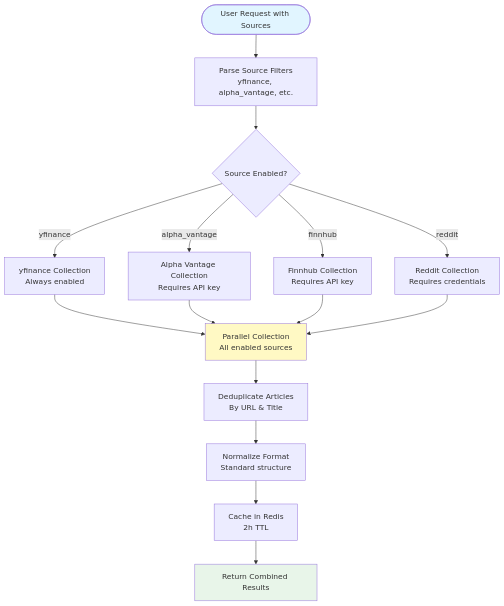
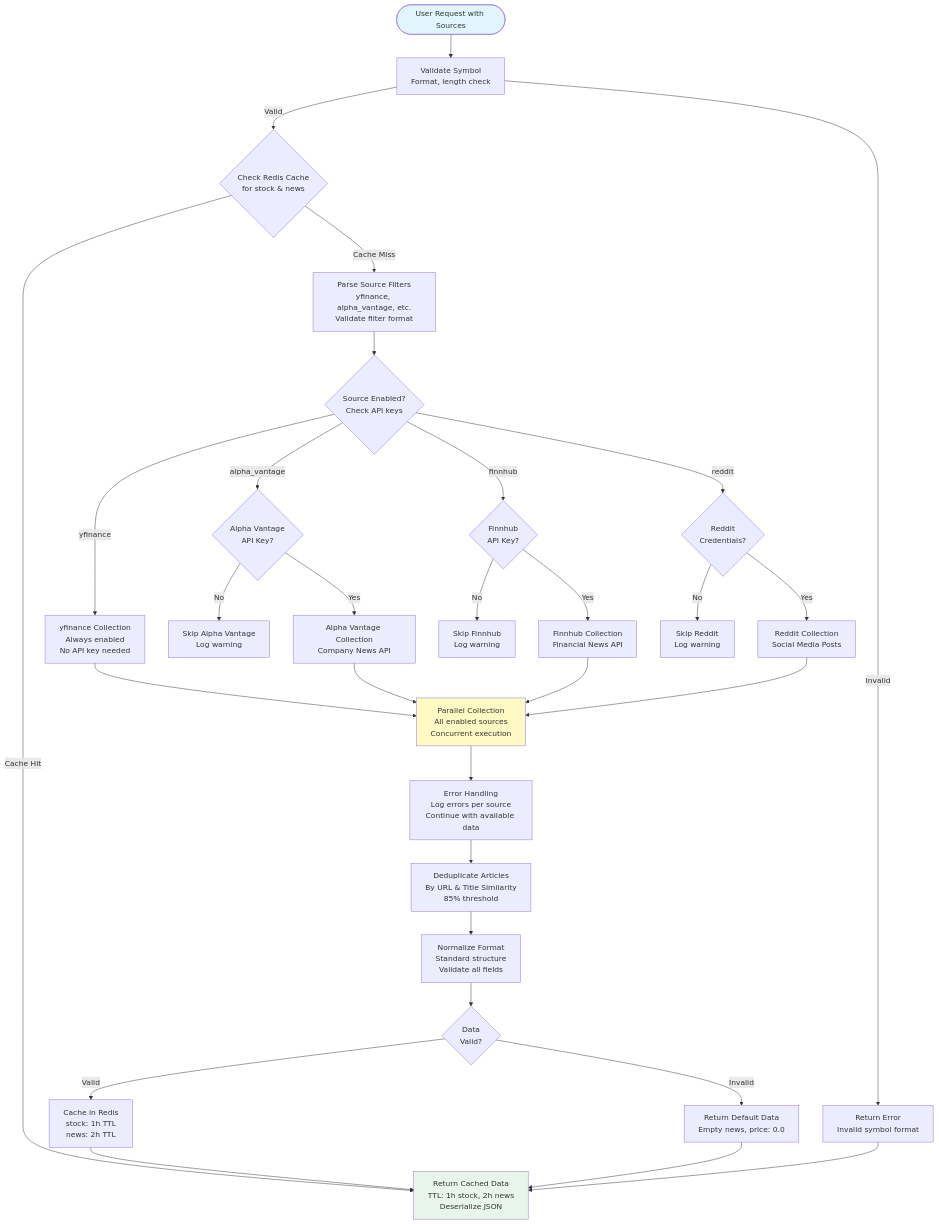
One commit to anandDev77/stock-sentiment-analysis changed diagram 22 of 29 in docs/diagrams/mermaid_diagrams_source.md. Above: the diagram before and after it, drawn with Mermaid. The commit also changed other lines of this file and 49 other files, not shown here.

Commit message:
diagrams updated

````diff
--- a/docs/diagrams/mermaid_diagrams_source.md
+++ b/docs/diagrams/mermaid_diagrams_source.md
@@ -1155,28 +1366,48 @@
 ```mermaid
 flowchart TD
-    START([User Request with Sources]) --> PARSE[Parse Source Filters<br/>yfinance, alpha_vantage, etc.]
+    START([User Request with Sources]) --> VALIDATE_SYMBOL[Validate Symbol<br/>Format, length check]
     
-    PARSE --> CHECK{Source Enabled?}
+    VALIDATE_SYMBOL -->|Invalid| ERROR[Return Error<br/>Invalid symbol format]
+    VALIDATE_SYMBOL -->|Valid| CHECK_CACHE{Check Redis Cache<br/>for stock & news}
     
-    CHECK -->|yfinance| YFINANCE[yfinance Collection<br/>Always enabled]
-    CHECK -->|alpha_vantage| ALPHA[Alpha Vantage Collection<br/>Requires API key]
-    CHECK -->|finnhub| FINN[Finnhub Collection<br/>Requires API key]
-    CHECK -->|reddit| REDDIT[Reddit Collection<br/>Requires credentials]
+    CHECK_CACHE -->|Cache Hit| RETURN[Return Cached Data<br/>TTL: 1h stock, 2h news<br/>Deserialize JSON]
+    CHECK_CACHE -->|Cache Miss| PARSE[Parse Source Filters<br/>yfinance, alpha_vantage, etc.<br/>Validate filter format]
     
-    YFINANCE --> COLLECT[Parallel Collection<br/>All enabled sources]
+    PARSE --> CHECK{Source Enabled?<br/>Check API keys}
+    
+    CHECK -->|yfinance| YFINANCE[yfinance Collection<br/>Always enabled<br/>No API key needed]
+    CHECK -->|alpha_vantage| CHECK_ALPHA{Alpha Vantage<br/>API Key?}
+    CHECK -->|finnhub| CHECK_FINN{Finnhub<br/>API Key?}
+    CHECK -->|reddit| CHECK_REDDIT{Reddit<br/>Credentials?}
+    
+    CHECK_ALPHA -->|Yes| ALPHA[Alpha Vantage Collection<br/>Company News API]
+    CHECK_ALPHA -->|No| SKIP_ALPHA[Skip Alpha Vantage<br/>Log warning]
+    CHECK_FINN -->|Yes| FINN[Finnhub Collection<br/>Financial News API]
+    CHECK_FINN -->|No| SKIP_FINN[Skip Finnhub<br/>Log warning]
+    CHECK_REDDIT -->|Yes| REDDIT[Reddit Collection<br/>Social Media Posts]
+    CHECK_REDDIT -->|No| SKIP_REDDIT[Skip Reddit<br/>Log warning]
+    
+    YFINANCE --> COLLECT[Parallel Collection<br/>All enabled sources<br/>Concurrent execution]
     ALPHA --> COLLECT
     FINN --> COLLECT
     REDDIT --> COLLECT
     
-    COLLECT --> DEDUPE[Deduplicate Articles<br/>By URL & Title]
+    COLLECT --> ERROR_HANDLE[Error Handling<br/>Log errors per source<br/>Continue with available data]
     
-    DEDUPE --> NORMALIZE[Normalize Format<br/>Standard structure]
+    ERROR_HANDLE --> DEDUPE[Deduplicate Articles<br/>By URL & Title Similarity<br/>85% threshold]
     
-    NORMALIZE --> CACHE[Cache in Redis<br/>2h TTL]
+    DEDUPE --> NORMALIZE[Normalize Format<br/>Standard structure<br/>Validate all fields]
     
-    CACHE --> RETURN[Return Combined Results]
+    NORMALIZE --> VALIDATE_DATA{Data<br/>Valid?}
+    
+    VALIDATE_DATA -->|Invalid| DEFAULT[Return Default Data<br/>Empty news, price: 0.0]
+    VALIDATE_DATA -->|Valid| CACHE[Cache in Redis<br/>stock: 1h TTL<br/>news: 2h TTL]
+    
+    CACHE --> RETURN
+    DEFAULT --> RETURN
+    ERROR --> RETURN
     
     style START fill:#e1f5ff
     style COLLECT fill:#fff9c4
     style RETURN fill:#e8f5e9
 ```
````
